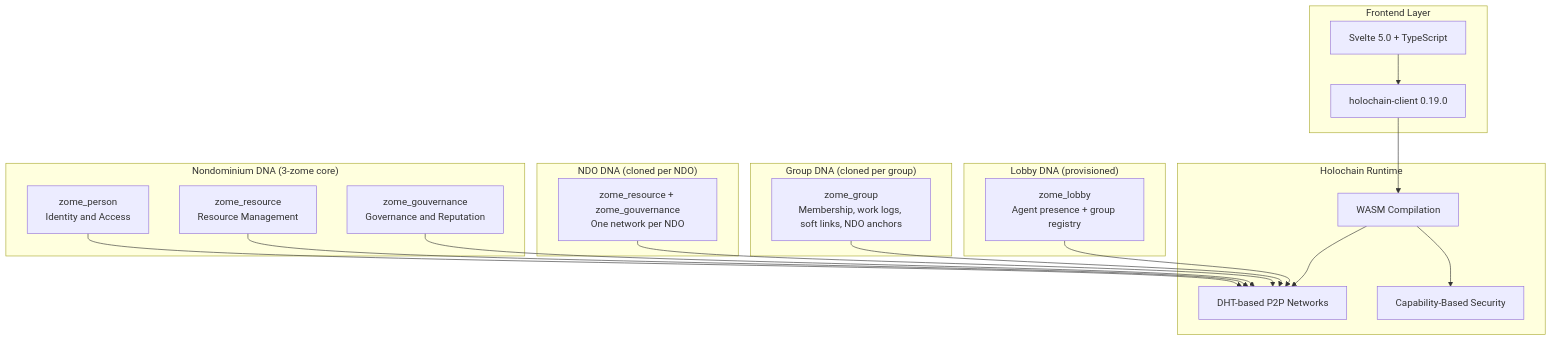
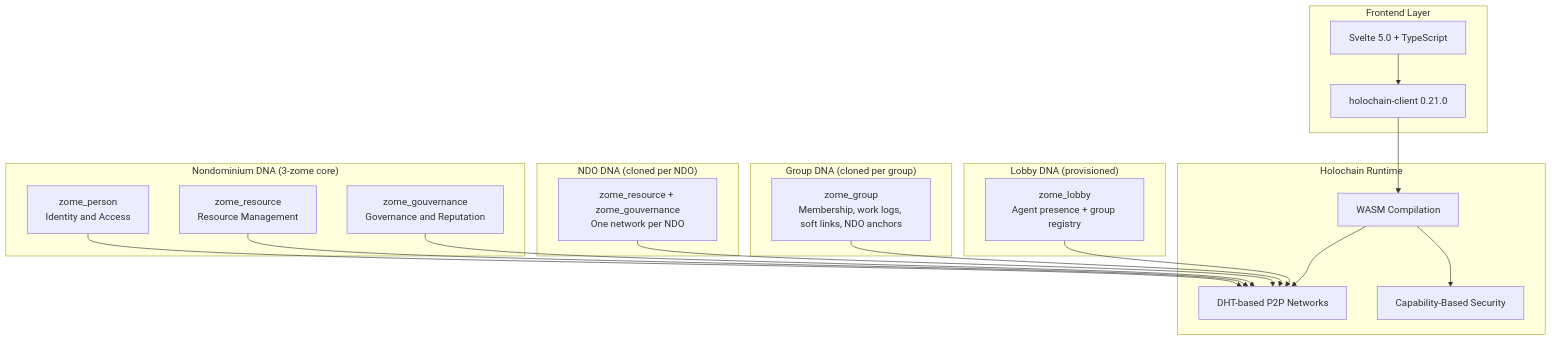
The first of 13 diagrams in documentation/ARCHITECTURE_COMPONENTS.md (Sensorica/nondominium), drawn with Mermaid before and after one commit. The commit also changed other lines of this file and 13 other files, not shown here.

````diff
--- a/documentation/ARCHITECTURE_COMPONENTS.md
+++ b/documentation/ARCHITECTURE_COMPONENTS.md
@@ -28,43 +28,43 @@
 ```mermaid
 graph TB
     subgraph "Frontend Layer"
         UI["Svelte 5.0 + TypeScript"]
-        Client["holochain-client 0.19.0"]
+        Client["holochain-client 0.21.0"]
     end
 
     subgraph "Holochain Runtime"
         WASM[WASM Compilation]
         DHT[DHT-based P2P Networks]
         CapSec[Capability-Based Security]
     end
 
     subgraph "Lobby DNA (provisioned)"
         Lobby["zome_lobby<br/>Agent presence + group registry"]
     end
 
     subgraph "Group DNA (cloned per group)"
         Group["zome_group<br/>Membership, work logs, soft links, NDO anchors"]
     end
 
     subgraph "NDO DNA (cloned per NDO)"
         NdoCell["zome_resource + zome_gouvernance<br/>One network per NDO"]
     end
 
     subgraph "Nondominium DNA (3-zome core)"
         Person["zome_person<br/>Identity and Access"]
         Resource["zome_resource<br/>Resource Management"]
         Gov["zome_gouvernance<br/>Governance and Reputation"]
     end
 
     UI --> Client
     Client --> WASM
     WASM --> DHT
     WASM --> CapSec
 
     Lobby --> DHT
     Group --> DHT
     NdoCell --> DHT
     Person --> DHT
     Resource --> DHT
     Gov --> DHT
 ```
````
